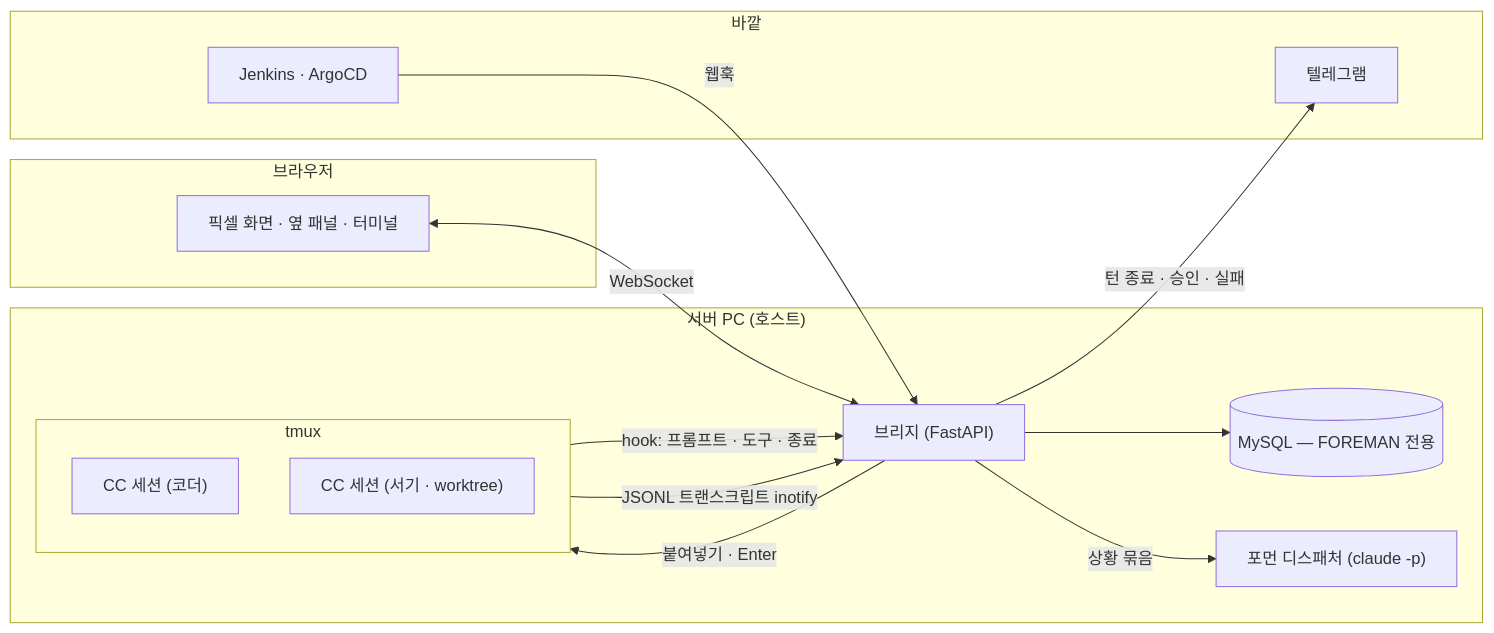
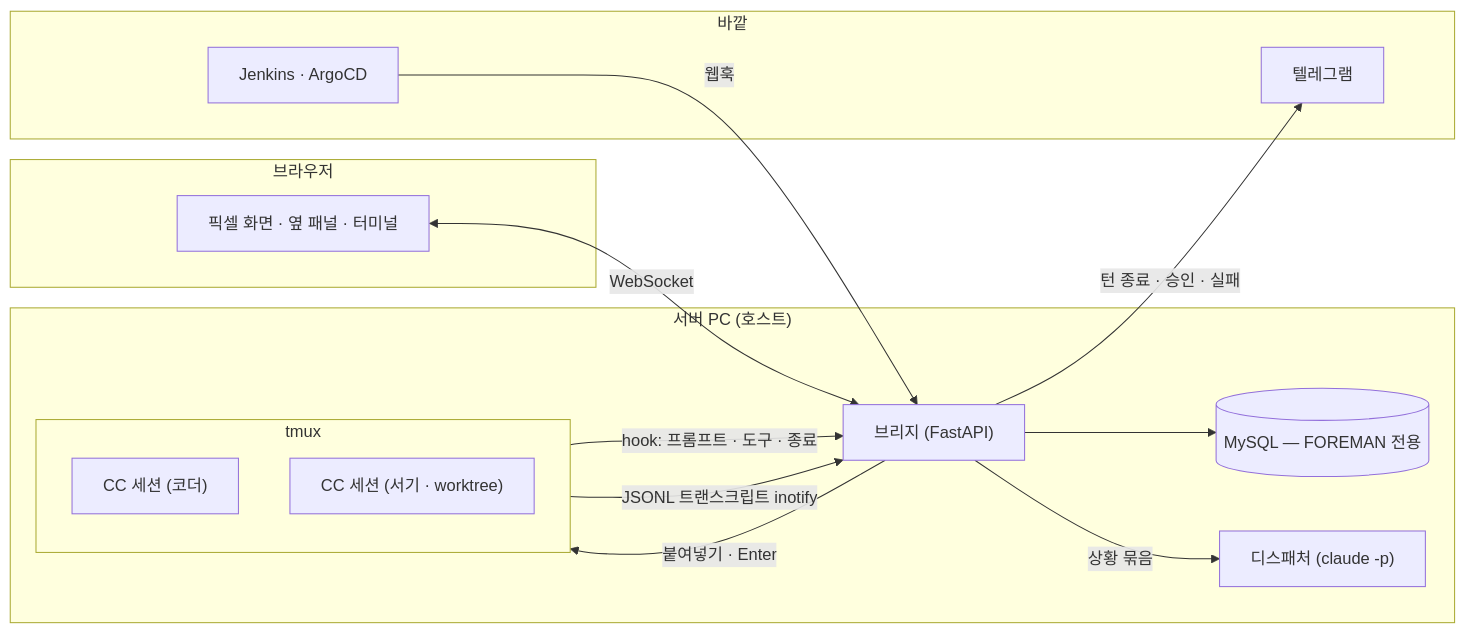
The first of 2 diagrams in portfolio/00_overview.md (Gabriel-Joo/foreman), drawn with Mermaid before and after one commit. The commit also changed other lines of this file and 25 other files, not shown here.

````diff
--- a/portfolio/00_overview.md
+++ b/portfolio/00_overview.md
@@ -45,27 +45,27 @@
 ```mermaid
 flowchart LR
   subgraph PC["브라우저"]
     UI["픽셀 화면 · 옆 패널 · 터미널"]
   end
   subgraph HOST["서버 PC (호스트)"]
     BR["브리지 (FastAPI)"]
     DB[("MySQL — FOREMAN 전용")]
     subgraph TM["tmux"]
       CC1["CC 세션 (코더)"]
       CC2["CC 세션 (서기 · worktree)"]
     end
-    FM["포먼 디스패처 (claude -p)"]
+    FM["디스패처 (claude -p)"]
   end
   subgraph EXT["바깥"]
     CI["Jenkins · ArgoCD"]
     TG["텔레그램"]
   end
   UI <-->|WebSocket| BR
   BR -->|붙여넣기 · Enter| TM
   TM -->|hook: 프롬프트 · 도구 · 종료| BR
   TM -->|JSONL 트랜스크립트 inotify| BR
   BR --> DB
   BR -->|상황 묶음| FM
   CI -->|웹훅| BR
   BR -->|턴 종료 · 승인 · 실패| TG
 ```
````
